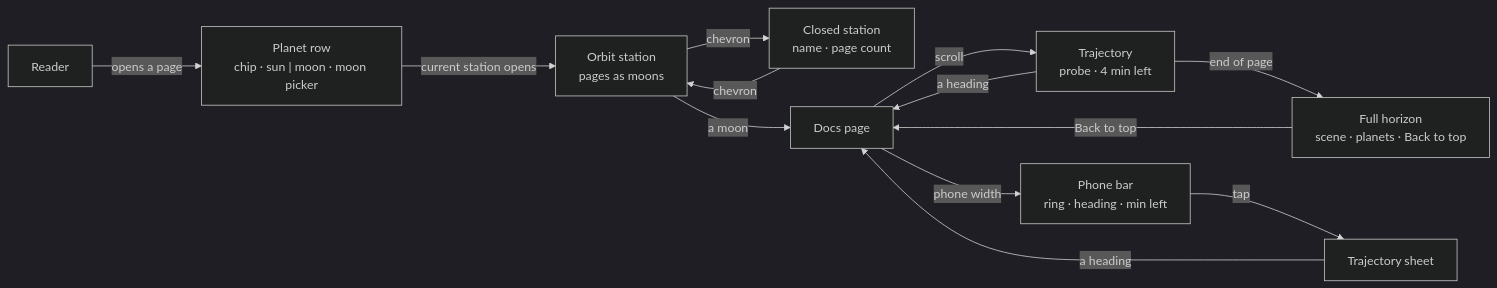
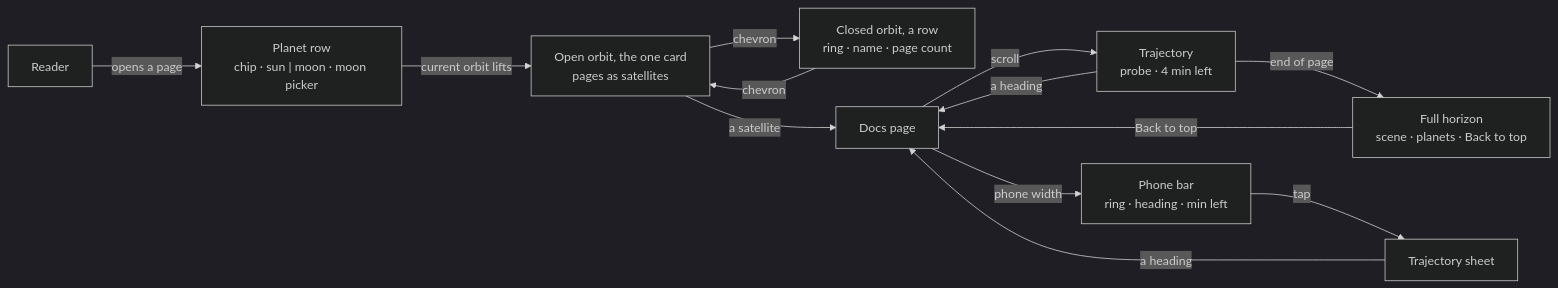
Before and after one commit to nepal-dev-com/docs.nepal-dev.com: the first of 7 diagrams in content/docs/maintain/app-flow/docs-sidebars.mdx, drawn with Mermaid (dark theme). The commit also changed other lines of this file and 85 other files, not shown here.

````diff
--- a/content/docs/maintain/app-flow/docs-sidebars.mdx
+++ b/content/docs/maintain/app-flow/docs-sidebars.mdx
@@ -37,15 +38,15 @@
 ```mermaid
 flowchart LR
   R[Reader] -->|opens a page| PR["Planet row<br/>chip · sun | moon · moon picker"]
-  PR -->|current station opens| ST["Orbit station<br/>pages as moons"]
-  ST -->|chevron| CL["Closed station<br/>name · page count"]
+  PR -->|current orbit lifts| ST["Open orbit, the one card<br/>pages as satellites"]
+  ST -->|chevron| CL["Closed orbit, a row<br/>ring · name · page count"]
   CL -->|chevron| ST
-  ST -->|a moon| P["Docs page"]
+  ST -->|a satellite| P["Docs page"]
   P -->|scroll| T["Trajectory<br/>probe · 4 min left"]
   T -->|a heading| P
   P -->|phone width| B["Phone bar<br/>ring · heading · min left"]
   B -->|tap| SH["Trajectory sheet"]
   SH -->|a heading| P
   T -->|end of page| H["Full horizon<br/>scene · planets · Back to top"]
   H -->|Back to top| P
 ```
````
